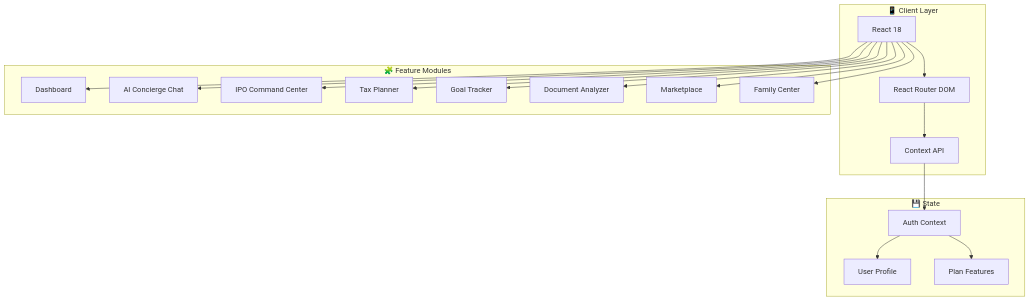
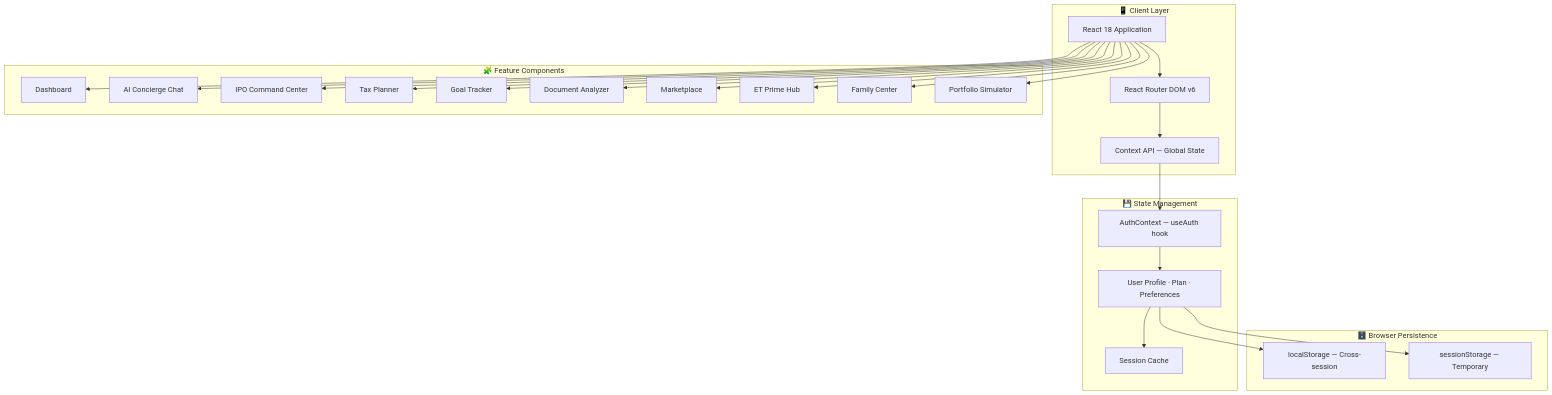
The fifth of 5 diagrams in README.md (HarshitKumawat09/ET_AIConcierge), drawn with Mermaid before and after one commit. The commit also changed other lines of this file, not shown here.

````diff
--- a/README.md
+++ b/README.md
@@ -226,28 +603,36 @@
 ```mermaid
 flowchart TB
     subgraph Client["📱 Client Layer"]
-        A[React 18]
-        B[React Router DOM]
-        C[Context API]
+        A[React 18 Application]
+        B[React Router DOM v6]
+        C[Context API — Global State]
     end
 
-    subgraph Components["🧩 Feature Modules"]
+    subgraph Components["🧩 Feature Components"]
         D[Dashboard]
         E[AI Concierge Chat]
         F[IPO Command Center]
         G[Tax Planner]
         H[Goal Tracker]
         I[Document Analyzer]
         J[Marketplace]
-        K[Family Center]
+        K[ET Prime Hub]
+        L[Family Center]
+        M[Portfolio Simulator]
     end
 
-    subgraph State["💾 State"]
-        L[Auth Context]
-        M[User Profile]
-        N[Plan Features]
+    subgraph State["💾 State Management"]
+        N[AuthContext — useAuth hook]
+        O[User Profile · Plan · Preferences]
+        P[Session Cache]
     end
 
-    A --> D & E & F & G & H & I & J & K
-    A --> B --> C --> L --> M & N
+    subgraph Storage["🗄️ Browser Persistence"]
+        Q[localStorage — Cross-session]
+        R[sessionStorage — Temporary]
+    end
+
+    A --> D & E & F & G & H & I & J & K & L & M
+    A --> B --> C --> N --> O --> Q & R
+    O --> P
 ```
````
